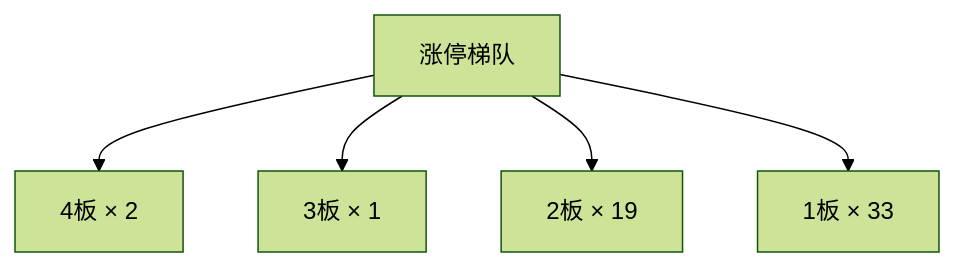
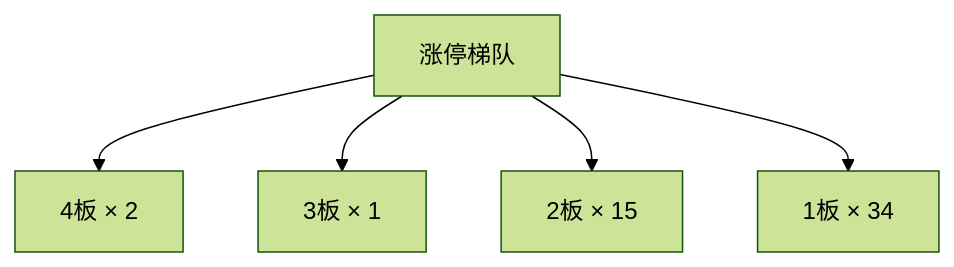
One commit to chenyang1999/chzl-kg changed the second of 4 diagrams in content/投研交易/盘中分析/20261103.md. Above: the diagram before and after it, drawn with Mermaid (forest theme). The commit also changed other lines of this file, not shown here.

````diff
--- a/content/投研交易/盘中分析/20261103.md
+++ b/content/投研交易/盘中分析/20261103.md
@@ -69,12 +68,12 @@
 ```mermaid
 flowchart TD
     B_4板["4板 × 2"]
     B_3板["3板 × 1"]
-    B_2板["2板 × 19"]
-    B_1板["1板 × 33"]
+    B_2板["2板 × 15"]
+    B_1板["1板 × 34"]
     ROOT["涨停梯队"]
     ROOT --> B_4板
     ROOT --> B_3板
     ROOT --> B_2板
     ROOT --> B_1板
 ```
````
